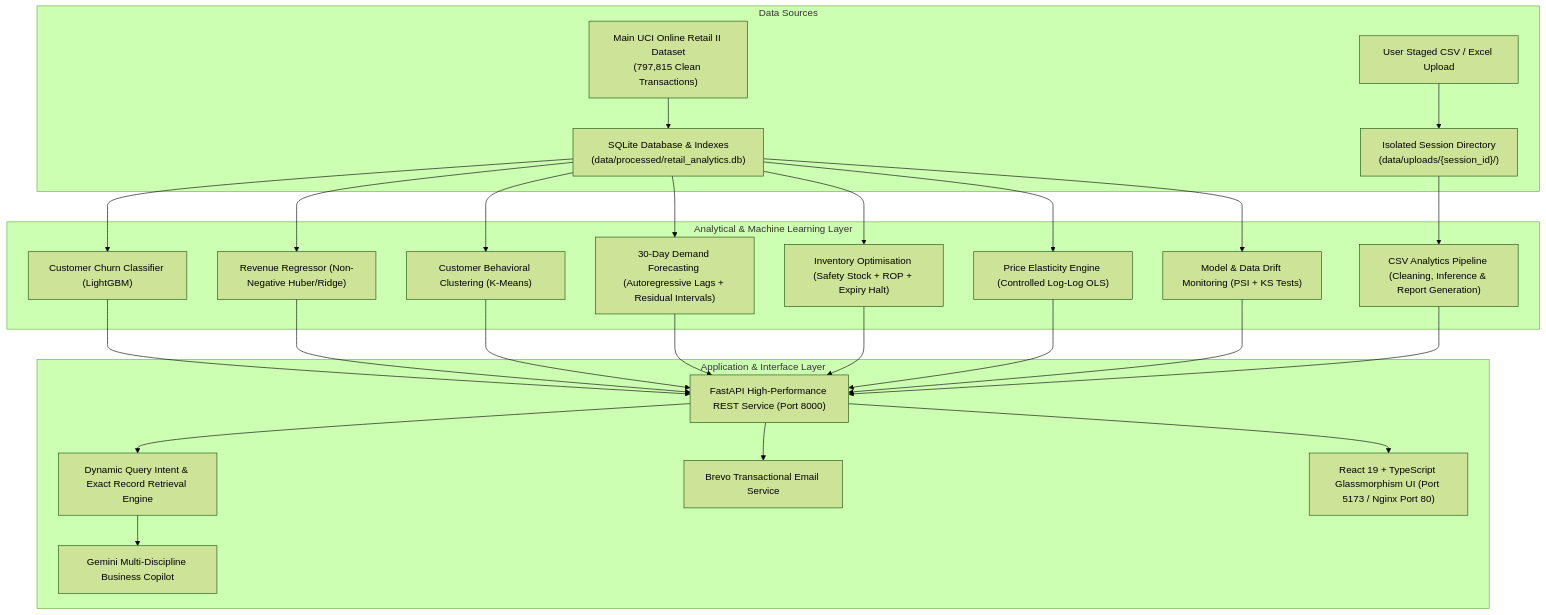
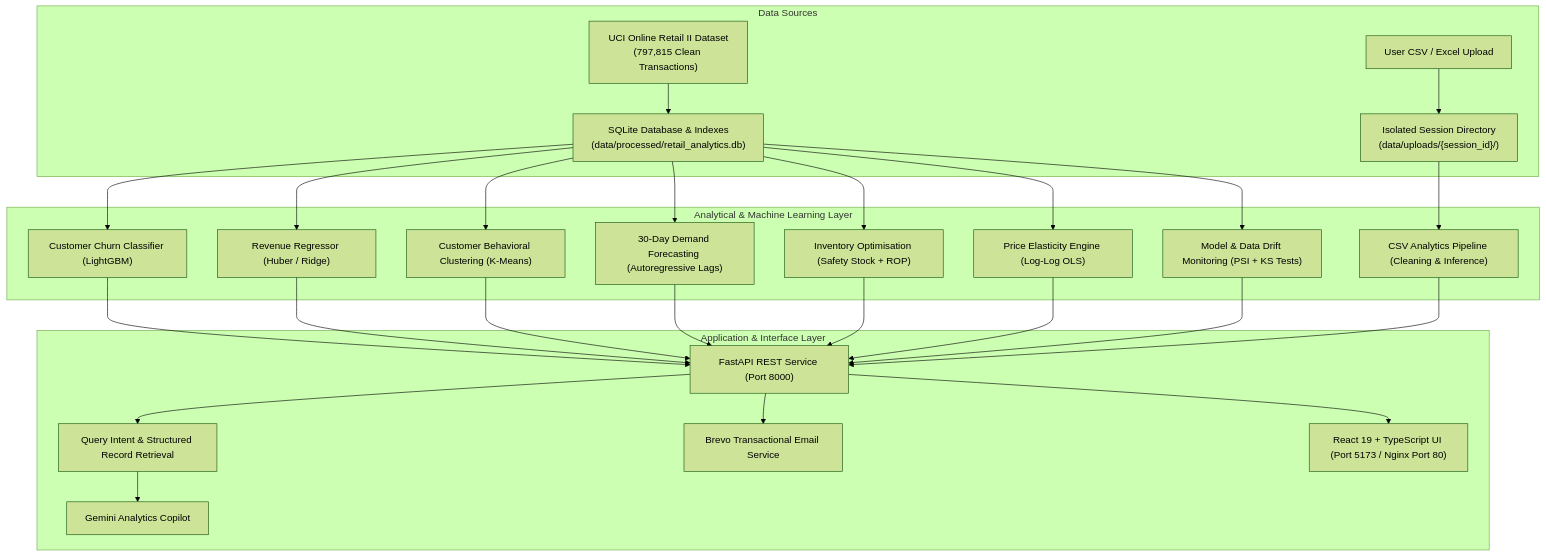
One commit to itsmeakarshan/retail-customer-intelligence-platform changed the diagram in FINAL_PRODUCTION_REPORT.md. Above: the diagram before and after it, drawn with Mermaid (forest theme). The commit also changed other lines of this file, not shown here.

Commit message:
Refactor production report for concise technical tone and clean architecture layout

````diff
--- a/FINAL_PRODUCTION_REPORT.md
+++ b/FINAL_PRODUCTION_REPORT.md
@@ -9,27 +9,27 @@
 ```mermaid
 graph TD
     subgraph Data Sources
-        A1["Main UCI Online Retail II Dataset<br/>(797,815 Clean Transactions)"] --> DB["SQLite Database & Indexes<br/>(data/processed/retail_analytics.db)"]
-        A2["User Staged CSV / Excel Upload"] --> UP["Isolated Session Directory<br/>(data/uploads/{session_id}/)"]
+        A1["UCI Online Retail II Dataset<br/>(797,815 Clean Transactions)"] --> DB["SQLite Database & Indexes<br/>(data/processed/retail_analytics.db)"]
+        A2["User CSV / Excel Upload"] --> UP["Isolated Session Directory<br/>(data/uploads/{session_id}/)"]
     end
 
     subgraph Analytical & Machine Learning Layer
         DB --> ML1["Customer Churn Classifier (LightGBM)"]
-        DB --> ML2["Revenue Regressor (Non-Negative Huber/Ridge)"]
+        DB --> ML2["Revenue Regressor (Huber / Ridge)"]
         DB --> ML3["Customer Behavioral Clustering (K-Means)"]
-        DB --> FC["30-Day Demand Forecasting (Autoregressive Lags + Residual Intervals)"]
-        DB --> OPT["Inventory Optimisation (Safety Stock + ROP + Expiry Halt)"]
-        DB --> PE["Price Elasticity Engine (Controlled Log-Log OLS)"]
+        DB --> FC["30-Day Demand Forecasting (Autoregressive Lags)"]
+        DB --> OPT["Inventory Optimisation (Safety Stock + ROP)"]
+        DB --> PE["Price Elasticity Engine (Log-Log OLS)"]
         DB --> MON["Model & Data Drift Monitoring (PSI + KS Tests)"]
 
-        UP --> CSV_PROC["CSV Analytics Pipeline (Cleaning, Inference & Report Generation)"]
+        UP --> CSV_PROC["CSV Analytics Pipeline (Cleaning & Inference)"]
     end
 
     subgraph Application & Interface Layer
-        ML1 & ML2 & ML3 & FC & OPT & PE & MON & CSV_PROC --> API["FastAPI High-Performance REST Service (Port 8000)"]
-        API --> RETRIEVAL["Dynamic Query Intent & Exact Record Retrieval Engine"]
-        RETRIEVAL --> COPILOT["Gemini Multi-Discipline Business Copilot"]
+        ML1 & ML2 & ML3 & FC & OPT & PE & MON & CSV_PROC --> API["FastAPI REST Service (Port 8000)"]
+        API --> RETRIEVAL["Query Intent & Structured Record Retrieval"]
+        RETRIEVAL --> COPILOT["Gemini Analytics Copilot"]
         API --> EMAIL["Brevo Transactional Email Service"]
-        API --> UI["React 19 + TypeScript Glassmorphism UI (Port 5173 / Nginx Port 80)"]
+        API --> UI["React 19 + TypeScript UI (Port 5173 / Nginx Port 80)"]
     end
 ```
````
